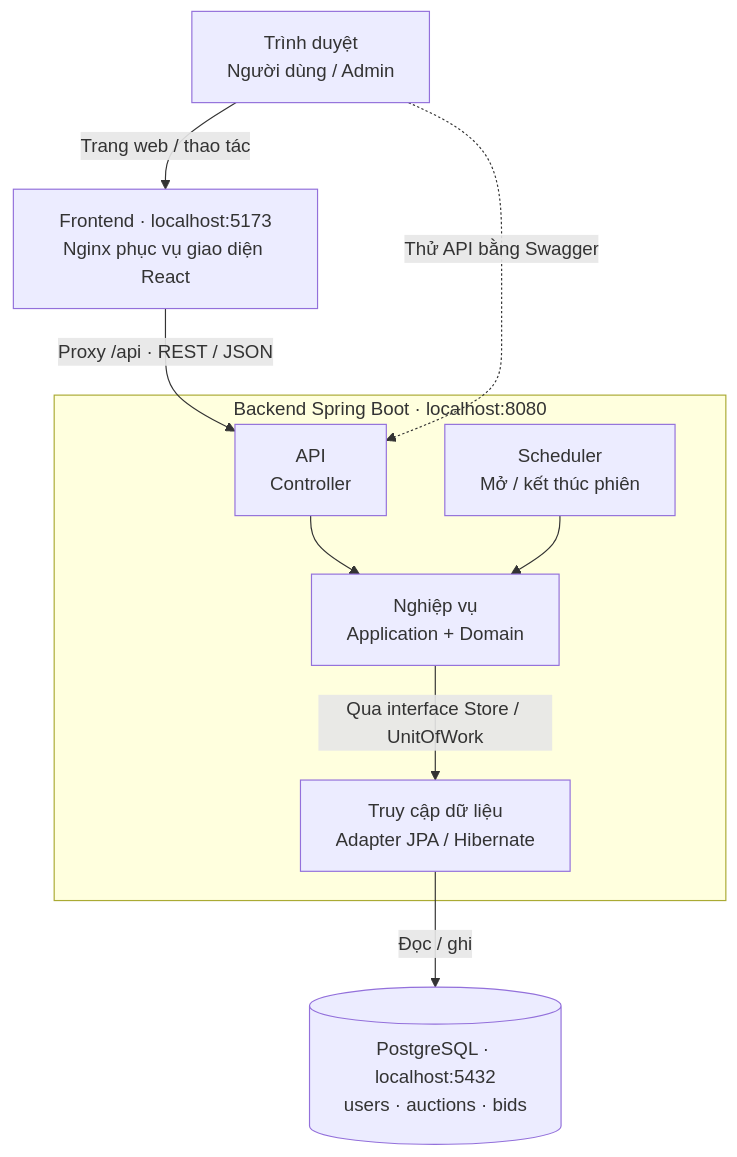
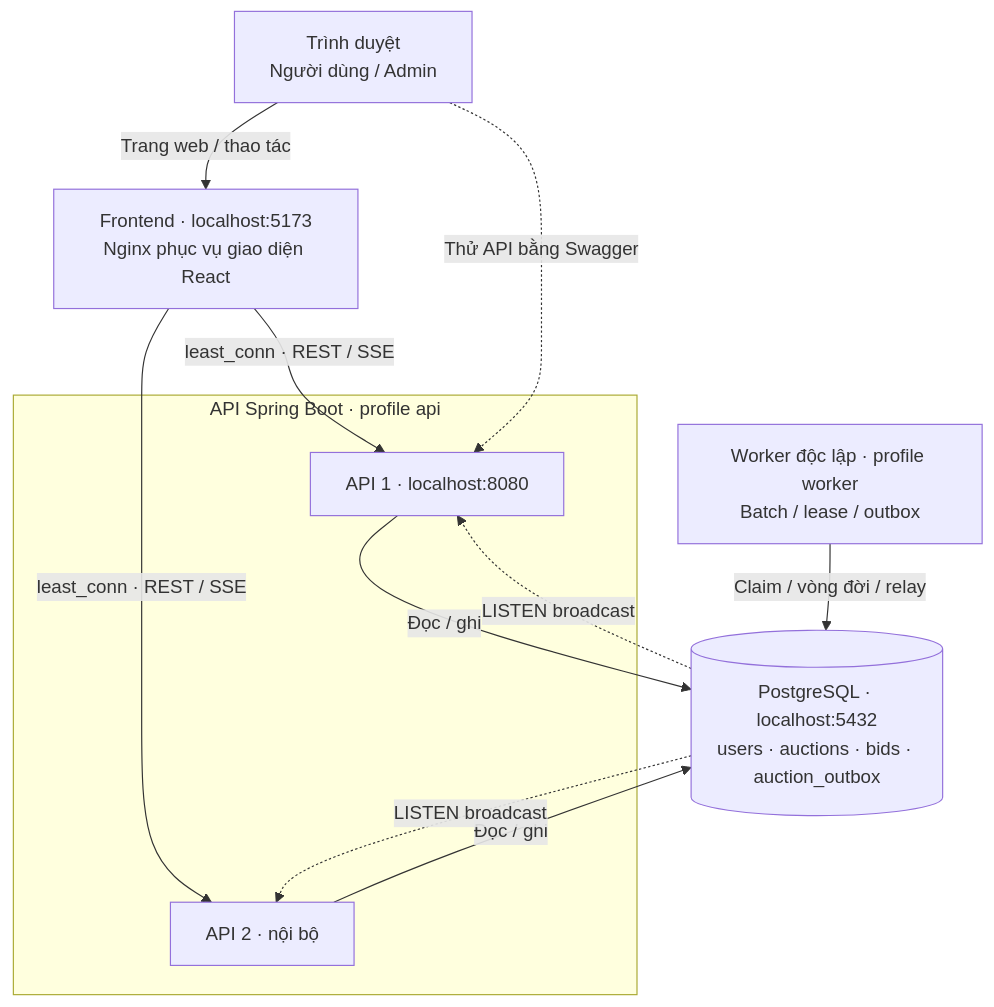
The diagram in docs/KIEN_TRUC.md (Loistarva/KTPM), drawn with Mermaid before and after one commit. The commit also changed other lines of this file and 66 other files, not shown here.

Commit message:
Improve auction concurrency, realtime architecture, and UI

````diff
--- a/docs/KIEN_TRUC.md
+++ b/docs/KIEN_TRUC.md
@@ -3,23 +3,22 @@
 ```mermaid
 flowchart TB
     Browser["Trình duyệt<br/>Người dùng / Admin"]
     Frontend["Frontend · localhost:5173<br/>Nginx phục vụ giao diện React"]
 
-    subgraph Backend["Backend Spring Boot · localhost:8080"]
-        API["API<br/>Controller"]
-        Business["Nghiệp vụ<br/>Application + Domain"]
-        Data["Truy cập dữ liệu<br/>Adapter JPA / Hibernate"]
-        Scheduler["Scheduler<br/>Mở / kết thúc phiên"]
-
-        API --> Business
-        Business -->|"Qua interface Store / UnitOfWork"| Data
-        Scheduler --> Business
+    subgraph Backend["API Spring Boot · profile api"]
+        API["API 1 · localhost:8080"]
+        API2["API 2 · nội bộ"]
     end
-
-    DB[("PostgreSQL · localhost:5432<br/>users · auctions · bids")]
+    Worker["Worker độc lập · profile worker<br/>Batch / lease / outbox"]
+    DB[("PostgreSQL · localhost:5432<br/>users · auctions · bids · auction_outbox")]
 
     Browser -->|"Trang web / thao tác"| Frontend
-    Frontend -->|"Proxy /api · REST / JSON"| API
+    Frontend -->|"least_conn · REST / SSE"| API
+    Frontend -->|"least_conn · REST / SSE"| API2
     Browser -.->|"Thử API bằng Swagger"| API
-    Data -->|"Đọc / ghi"| DB
+    API -->|"Đọc / ghi"| DB
+    API2 -->|"Đọc / ghi"| DB
+    Worker -->|"Claim / vòng đời / relay"| DB
+    DB -.->|"LISTEN broadcast"| API
+    DB -.->|"LISTEN broadcast"| API2
 ```
````
